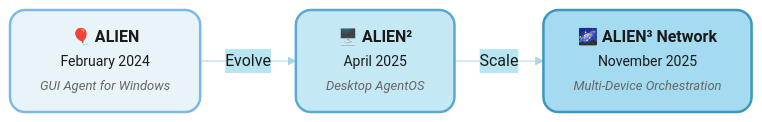
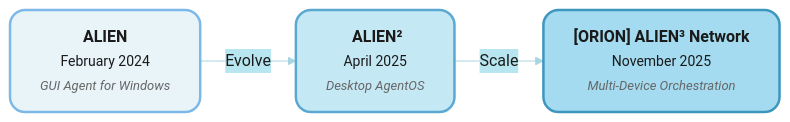
Before and after one commit to DEVELOPER-DEEVEN/alien-project: the diagram in documents/docs/index.md, drawn with Mermaid. The commit also changed other lines of this file and 290 other files, not shown here.

````diff
--- a/documents/docs/index.md
+++ b/documents/docs/index.md
@@ -66,14 +66,14 @@
 ```mermaid
 %%{init: {'theme':'base', 'themeVariables': { 'primaryColor':'#E8F4F8','primaryTextColor':'#1A1A1A','primaryBorderColor':'#7CB9E8','lineColor':'#A8D5E2','secondaryColor':'#B8E6F0','tertiaryColor':'#D4F1F4','fontSize':'16px','fontFamily':'Segoe UI, Arial, sans-serif'}}}%%
 graph LR
-    A["<b>🎈 ALIEN</b><br/><span style='font-size:14px'>February 2024</span><br/><span style='font-size:13px; color:#666'><i>GUI Agent for Windows</i></span>"] 
-    B["<b>🖥️ ALIEN²</b><br/><span style='font-size:14px'>April 2025</span><br/><span style='font-size:13px; color:#666'><i>Desktop AgentOS</i></span>"]
-    C["<b>🌌 ALIEN³ Network</b><br/><span style='font-size:14px'>November 2025</span><br/><span style='font-size:13px; color:#666'><i>Multi-Device Orchestration</i></span>"]
+    A["<b> ALIEN</b><br/><span style='font-size:14px'>February 2024</span><br/><span style='font-size:13px; color:#666'><i>GUI Agent for Windows</i></span>"] 
+    B["<b>️ ALIEN²</b><br/><span style='font-size:14px'>April 2025</span><br/><span style='font-size:13px; color:#666'><i>Desktop AgentOS</i></span>"]
+    C["<b>[ORION] ALIEN³ Network</b><br/><span style='font-size:14px'>November 2025</span><br/><span style='font-size:13px; color:#666'><i>Multi-Device Orchestration</i></span>"]
     
     A -->|Evolve| B
     B -->|Scale| C
     
     style A fill:#E8F4F8,stroke:#7CB9E8,stroke-width:2.5px,color:#1A1A1A,rx:15,ry:15
     style B fill:#C5E8F5,stroke:#5BA8D0,stroke-width:2.5px,color:#1A1A1A,rx:15,ry:15
     style C fill:#A4DBF0,stroke:#3D96BE,stroke-width:2.5px,color:#1A1A1A,rx:15,ry:15
 ```
````
